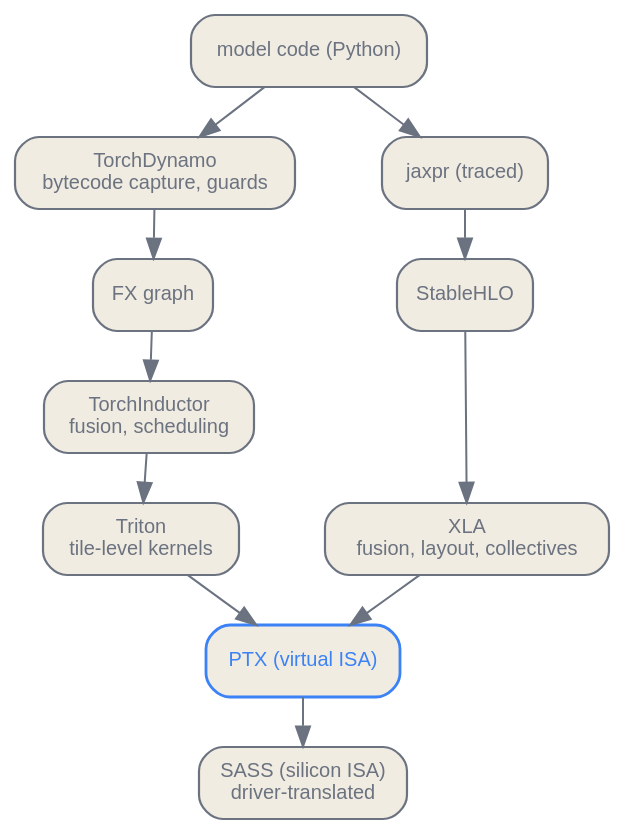
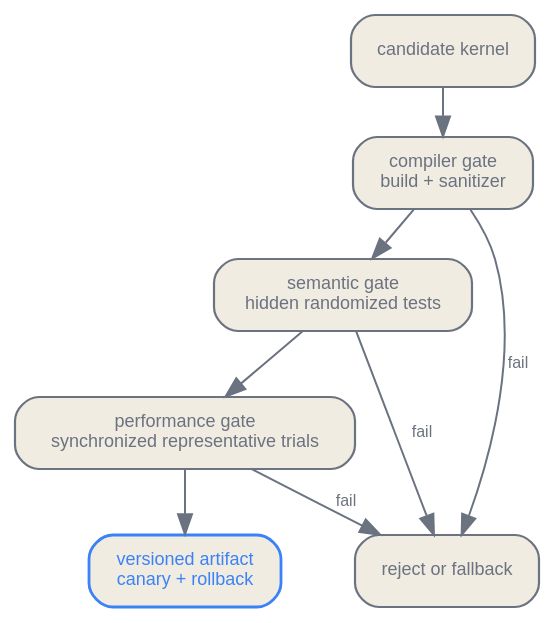
Before and after one commit to latere-ai/ai-as-an-infrastructure: the second of 2 diagrams in en/infrastructure/03-compilers-kernels.qmd, drawn with Graphviz. The commit also changed other lines of this file and 3 other files, not shown here.

Commit message:
docs: rewrite compilers and kernels

````diff
--- a/en/infrastructure/03-compilers-kernels.qmd
+++ b/en/infrastructure/03-compilers-kernels.qmd
@@ -39,26 +479,26 @@
 ```{dot}
-//| label: fig-compilers-kernels-lowering
-//| fig-cap: "The lowering pipeline, two lanes converging on one vendor's floor. Guards and graph breaks live at the top, where Python semantics must survive; hardware specificity accumulates toward the bottom, where performance does."
-digraph lowering {
+//| label: fig-compilers-kernels-validation
+//| fig-cap: "A generated kernel is accepted only after independent semantic, compiler, and performance gates. Failures return to the generator or a known fallback, never directly to production."
+digraph validation {
   bgcolor="transparent";
   rankdir=TB;
-  nodesep=0.6; ranksep=0.35;
-  node [shape=box, style="rounded,filled", fontname="Helvetica", fontsize=10, color="#6b7280", fontcolor="#6b7280", fillcolor="#f1ece1", penwidth=1.1];
-  edge [fontsize=9, fontname="Helvetica", color="#6b7280", fontcolor="#6b7280"];
+  nodesep=0.32;
+  ranksep=0.32;
+  node [shape=box, style="rounded,filled", fontname="Helvetica", fontsize=9,
+        color="#6b7280", fontcolor="#6b7280", fillcolor="#f1ece1", penwidth=1.1];
+  edge [color="#6b7280", fontname="Helvetica", fontsize=8, fontcolor="#6b7280"];
 
-  py   [label="model code (Python)"];
-  dyn  [label="TorchDynamo\nbytecode capture, guards"];
-  fx   [label="FX graph"];
-  ind  [label="TorchInductor\nfusion, scheduling"];
-  tri  [label="Triton\ntile-level kernels"];
-  jaxpr [label="jaxpr (traced)"];
-  hlo  [label="StableHLO"];
-  xla  [label="XLA\nfusion, layout, collectives"];
-  ptx  [label="PTX (virtual ISA)", color="#3b82f6", fontcolor="#3b82f6", penwidth=1.4];
-  sass [label="SASS (silicon ISA)\ndriver-translated"];
+  candidate [label="candidate kernel"];
+  compile [label="compiler gate\nbuild + sanitizer"];
+  semantic [label="semantic gate\nhidden randomized tests"];
+  performance [label="performance gate\nsynchronized representative trials"];
+  accept [label="versioned artifact\ncanary + rollback", color="#3b82f6",
+          fontcolor="#3b82f6", penwidth=1.4];
+  reject [label="reject or fallback"];
 
-  py -> dyn -> fx -> ind -> tri -> ptx;
-  py -> jaxpr -> hlo -> xla -> ptx;
-  ptx -> sass;
+  candidate -> compile -> semantic -> performance -> accept;
+  compile -> reject [label="fail"];
+  semantic -> reject [label="fail"];
+  performance -> reject [label="fail"];
 }
 ```
````
